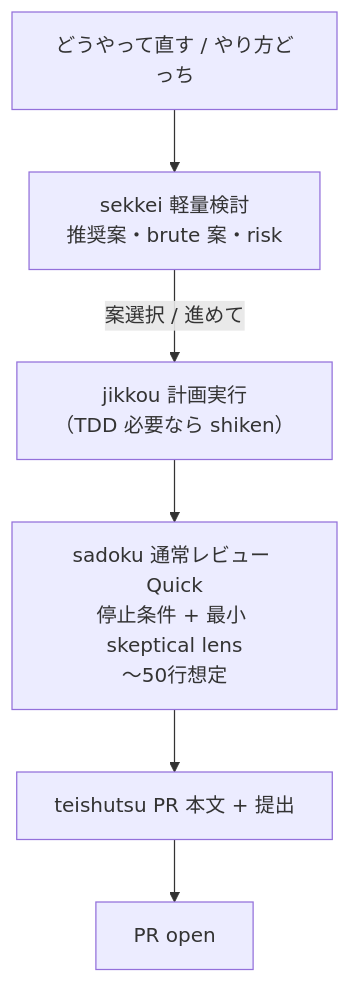
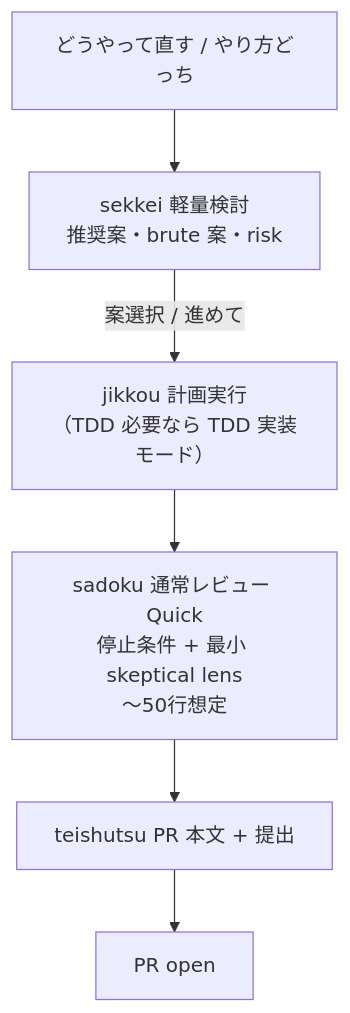
The fifth of 6 diagrams in docs/workflow.md (hayashiii-ghub/hikizan), drawn with Mermaid before and after one commit. The commit also changed other lines of this file and 27 other files, not shown here.

First line of the commit message:
refactor: fold shiken into jikkou's TDD mode, drop post-commit hook (#82)

````diff
--- a/docs/workflow.md
+++ b/docs/workflow.md
@@ -145,8 +138,8 @@
 ```mermaid
 flowchart TB
   D0["どうやって直す / やり方どっち"] --> D1["sekkei 軽量検討<br/>推奨案・brute 案・risk"]
-  D1 -->|"案選択 / 進めて"| D2["jikkou 計画実行<br/>（TDD 必要なら shiken）"]
+  D1 -->|"案選択 / 進めて"| D2["jikkou 計画実行<br/>（TDD 必要なら TDD 実装モード）"]
   D2 --> D3["sadoku 通常レビュー Quick<br/>停止条件 + 最小 skeptical lens<br/>〜50行想定"]
   D3 --> D4["teishutsu PR 本文 + 提出"]
   D4 --> D5["PR open"]
 ```
````
